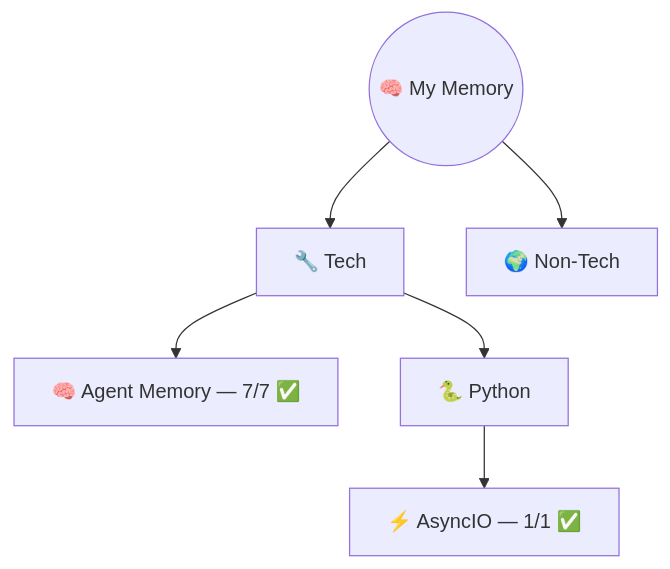
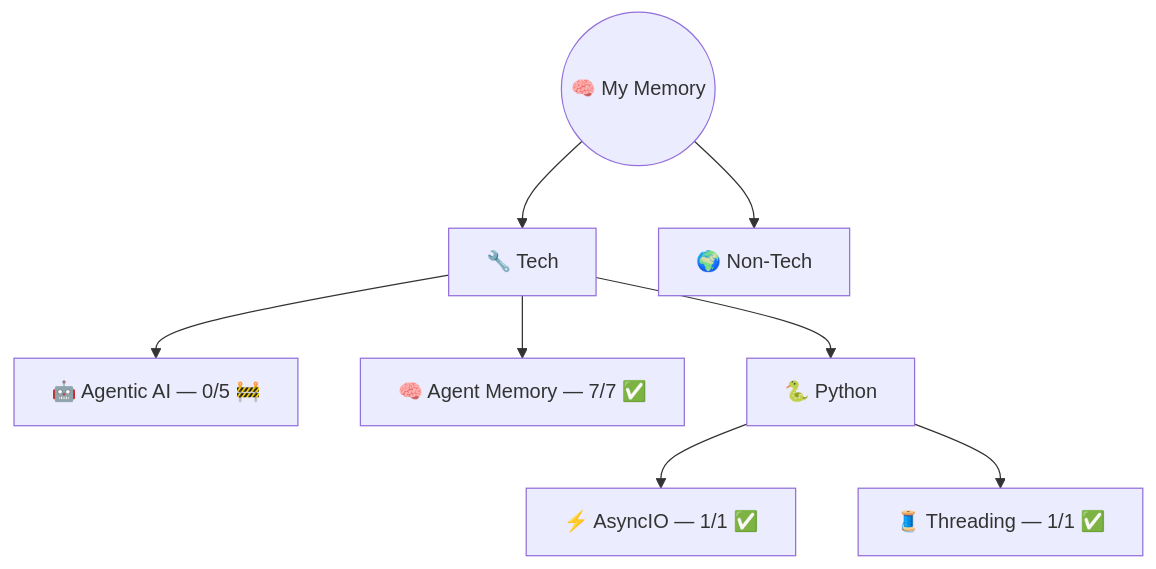
The diagram in README.md (AyushSonuu/my-memory), drawn with Mermaid before and after one commit. The commit also changed other lines of this file and 86 other files, not shown here.

Commit message:
🗺️ tier 2 sync + docs rebuild: threading + agentic-ai added to maps, nav, timeline, due-today, root README

````diff
--- a/README.md
+++ b/README.md
@@ -9,10 +9,12 @@
 ```mermaid
 graph TB
     ROOT(("🧠 My Memory"))
     ROOT --> TECH["🔧 Tech"]
     ROOT --> NT["🌍 Non-Tech"]
     
+    TECH --> AG["🤖 Agentic AI — 0/5 🚧"]
     TECH --> AM["🧠 Agent Memory — 7/7 ✅"]
     TECH --> PY["🐍 Python"]
     PY --> AIO["⚡ AsyncIO — 1/1 ✅"]
+    PY --> THR["🧵 Threading — 1/1 ✅"]
 ```
````
